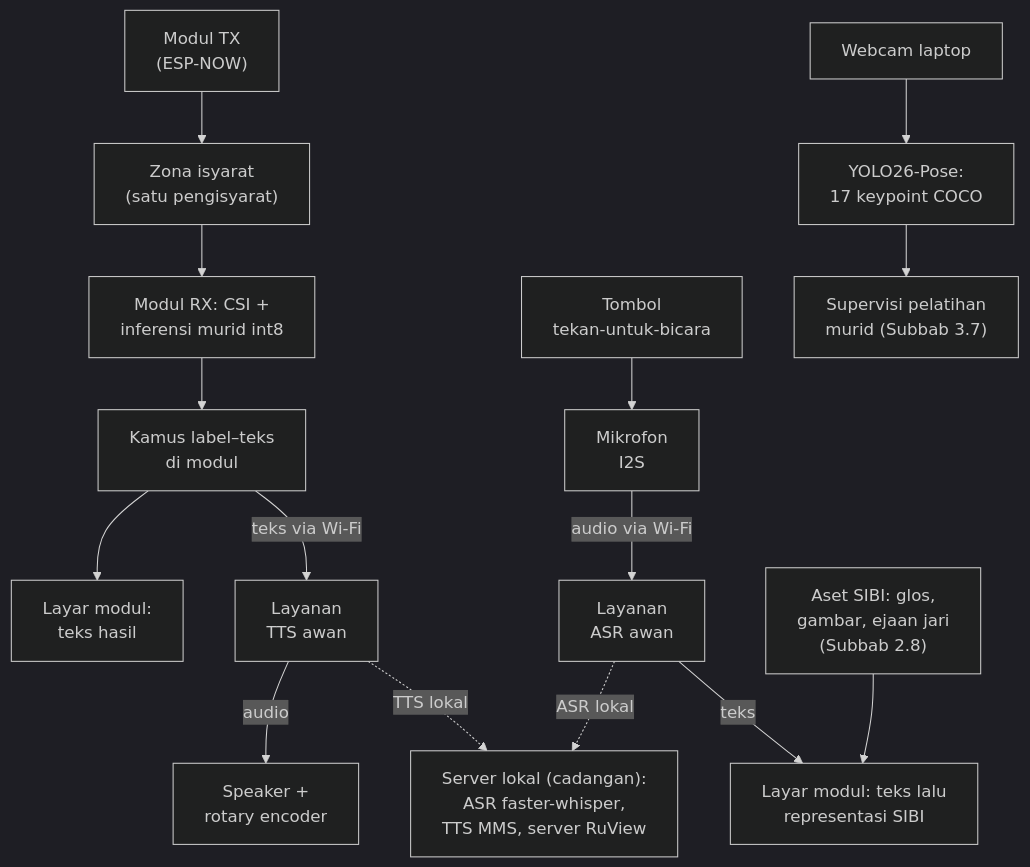
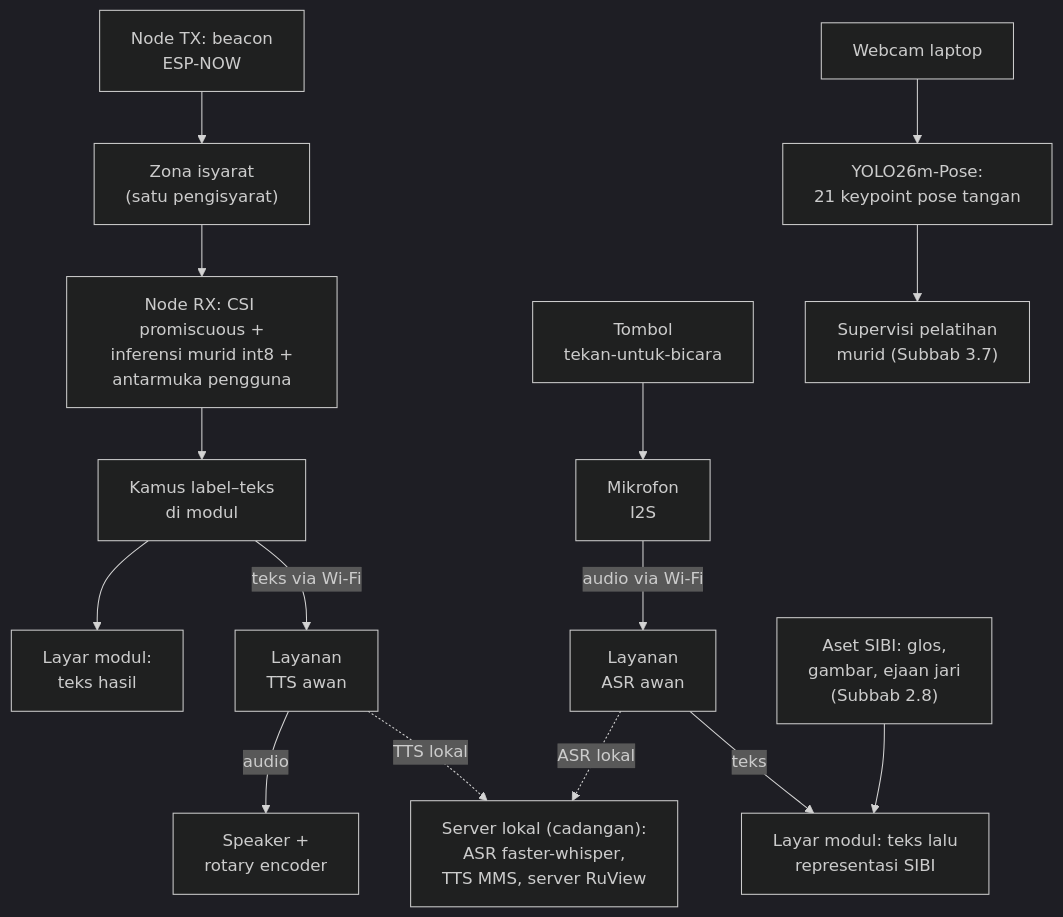
One commit to ILoveTahuTek/skripsi changed the fifth of 8 diagrams in download/translator-sibi-final/draft-final.md. Above: the diagram before and after it, drawn with Mermaid (dark theme). The commit also changed other lines of this file and 56 other files, not shown here.

````diff
--- a/download/translator-sibi-final/draft-final.md
+++ b/download/translator-sibi-final/draft-final.md
@@ -463,36 +488,36 @@
 ```mermaid
 flowchart TD
-    TX["Modul TX<br/>(ESP-NOW)"]
+    TX["Node TX: beacon<br/>ESP-NOW"]
     ZN["Zona isyarat<br/>(satu pengisyarat)"]
-    RX["Modul RX: CSI +<br/>inferensi murid int8"]
+    RX["Node RX: CSI promiscuous +<br/>inferensi murid int8 +<br/>antarmuka pengguna"]
     MAPL["Kamus label–teks<br/>di modul"]
     DSP1["Layar modul:<br/>teks hasil"]
     TTS["Layanan<br/>TTS awan"]
     SPK["Speaker +<br/>rotary encoder"]
     TX --> ZN
     ZN --> RX
     RX --> MAPL
     MAPL --> DSP1
     MAPL -- "teks via Wi-Fi" --> TTS
     TTS -- "audio" --> SPK
 
     BTN["Tombol<br/>tekan-untuk-bicara"]
     MIC["Mikrofon<br/>I2S"]
     STT["Layanan<br/>ASR awan"]
     DSP2["Layar modul: teks lalu<br/>representasi SIBI"]
     AST["Aset SIBI: glos,<br/>gambar, ejaan jari<br/>(Subbab 2.8)"]
     BTN --> MIC
     MIC -- "audio via Wi-Fi" --> STT
     STT -- "teks" --> DSP2
     AST --> DSP2
 
     CAM["Webcam laptop"]
-    Y26P["YOLO26-Pose:<br/>17 keypoint COCO"]
+    Y26P["YOLO26m-Pose:<br/>21 keypoint pose tangan"]
     SUP["Supervisi pelatihan<br/>murid (Subbab 3.7)"]
     CAM --> Y26P
     Y26P --> SUP
 
     LOK["Server lokal (cadangan):<br/>ASR faster-whisper,<br/>TTS MMS, server RuView"]
     TTS -. "TTS lokal" .-> LOK
     STT -. "ASR lokal" .-> LOK
 ```
````
